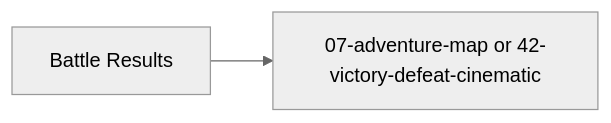
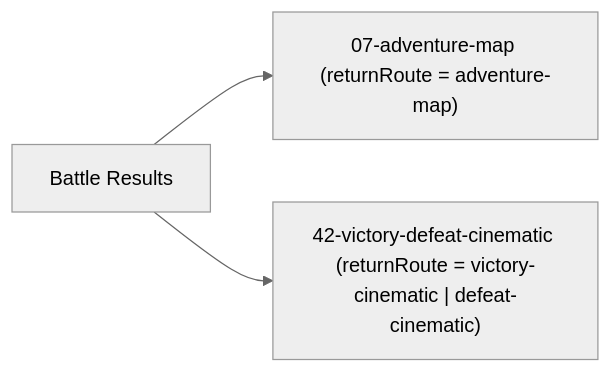
One commit to SunaNoOshiro/Heroes_Reforged_AI_Realms changed the fifth of 5 diagrams in docs/architecture/wiki/screens/39-battle-results/architecture.md. Above: the diagram before and after it, drawn with Mermaid (neutral theme). The commit also changed other lines of this file and 518 other files, not shown here.

First line of the commit message:
Add doc-audit skill and sweep architecture/screen docs

````diff
--- a/docs/architecture/wiki/screens/39-battle-results/architecture.md
+++ b/docs/architecture/wiki/screens/39-battle-results/architecture.md
@@ -70,5 +69,6 @@
 ```mermaid
 flowchart LR
   Current["Battle Results"]
-  Current --> T0["07-adventure-map or 42-victory-defeat-cinematic"]
+  Current --> T0["07-adventure-map (returnRoute = adventure-map)"]
+  Current --> T1["42-victory-defeat-cinematic (returnRoute = victory-cinematic | defeat-cinematic)"]
 ```
````
